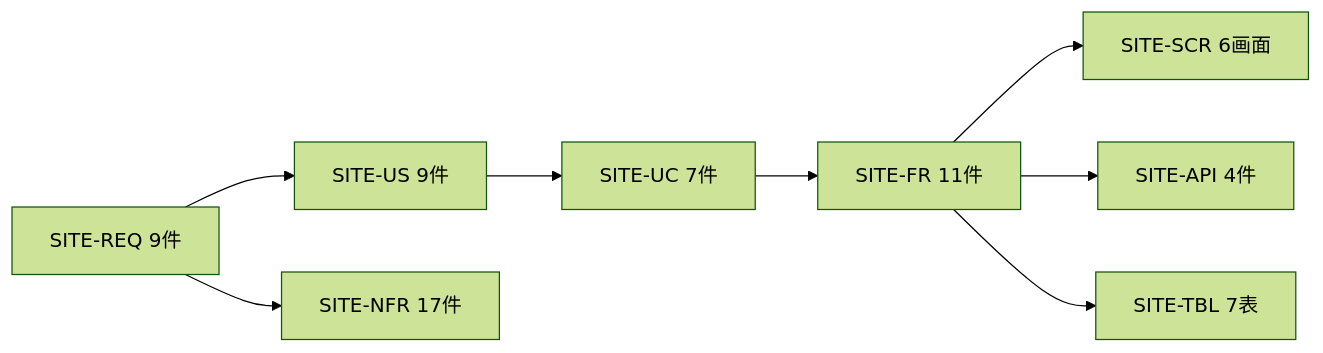
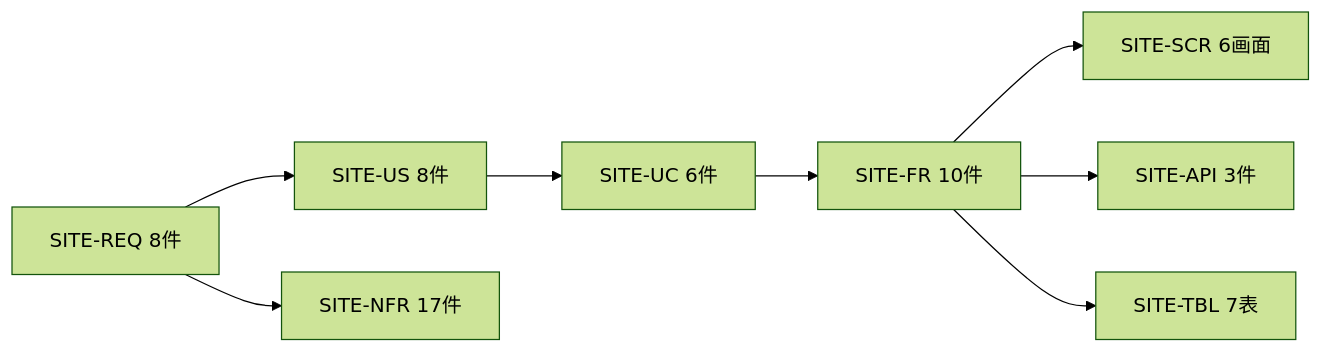
Before and after one commit to itiwoja/DC-Designer: the diagram in docs/design/00_overview.md, drawn with Mermaid (forest theme). The commit also changed other lines of this file and 14 other files, not shown here.

````diff
--- a/docs/design/00_overview.md
+++ b/docs/design/00_overview.md
@@ -13,8 +13,8 @@
 ```mermaid
 flowchart LR
-  REQ[SITE-REQ 9件] --> US[SITE-US 9件] --> UC[SITE-UC 7件] --> FR[SITE-FR 11件]
+  REQ[SITE-REQ 8件] --> US[SITE-US 8件] --> UC[SITE-UC 6件] --> FR[SITE-FR 10件]
   FR --> SCR[SITE-SCR 6画面]
-  FR --> API[SITE-API 4件]
+  FR --> API[SITE-API 3件]
   FR --> TBL[SITE-TBL 7表]
   REQ --> NFR[SITE-NFR 17件]
 ```
````
